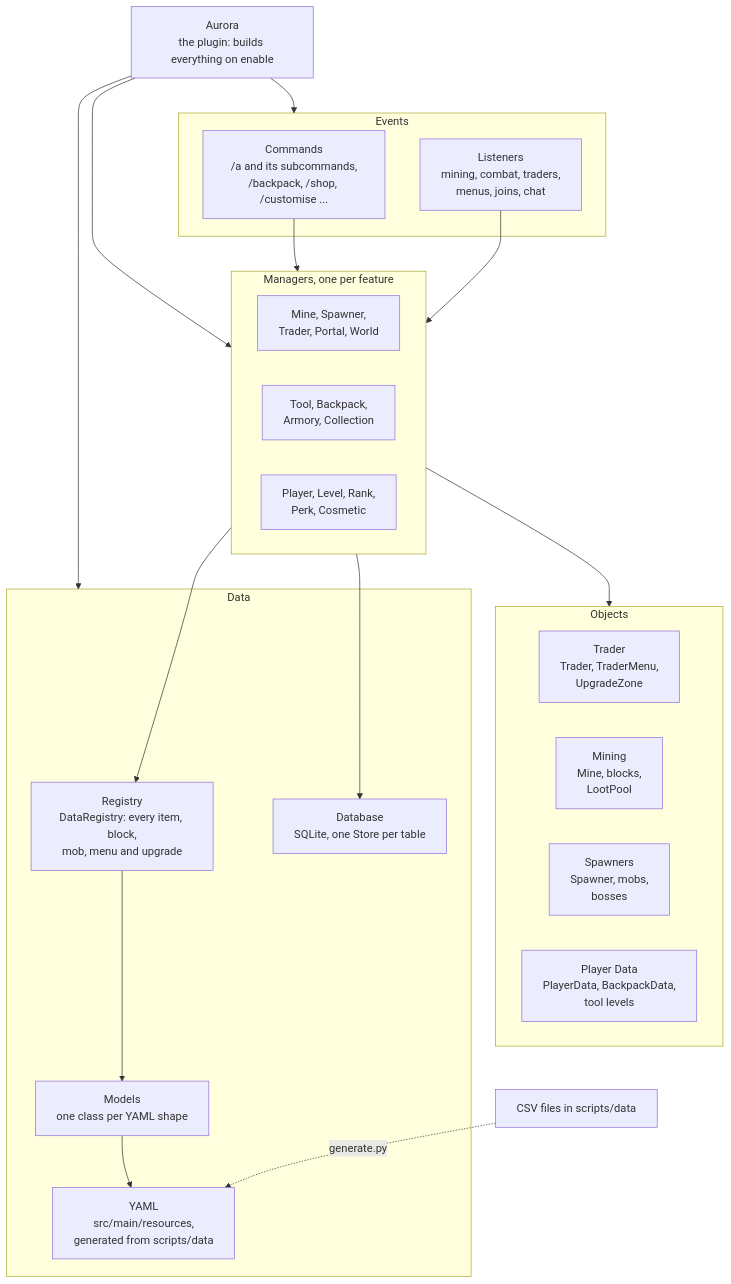
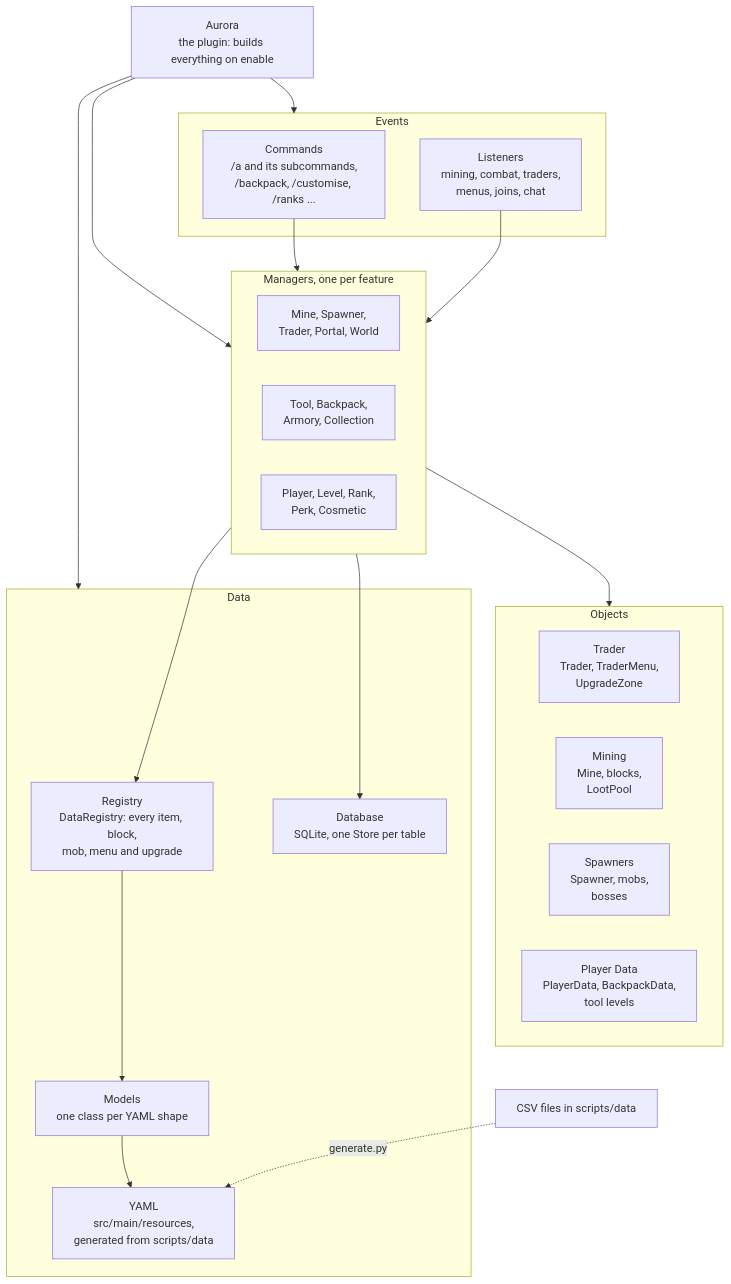
Before and after one commit to charky-p/aurora-plugin: the diagram in README.md, drawn with Mermaid. The commit also changed other lines of this file and 16 other files, not shown here.

Commit message:
[C] Essence shop, gauntlet and fishing switched off until finished; mob gear listed in Collections; docs brought up to date with the upgrade system and the two branches, with a guide to selling donor ranks through a store

````diff
--- a/README.md
+++ b/README.md
@@ -49,41 +52,41 @@
 ```mermaid
 flowchart TD
     Aurora["Aurora<br/>the plugin: builds everything on enable"]
 
     subgraph Events["Events"]
-        Commands["Commands<br/>/a and its subcommands,<br/>/backpack, /shop, /customise ..."]
+        Commands["Commands<br/>/a and its subcommands,<br/>/backpack, /customise, /ranks ..."]
         Listeners["Listeners<br/>mining, combat, traders,<br/>menus, joins, chat"]
     end
 
     subgraph Managers["Managers, one per feature"]
         M1["Mine, Spawner,<br/>Trader, Portal, World"]
         M2["Tool, Backpack,<br/>Armory, Collection"]
         M3["Player, Level, Rank,<br/>Perk, Cosmetic"]
     end
 
     subgraph Objects["Objects"]
         Trader["Trader<br/>Trader, TraderMenu,<br/>UpgradeZone"]
         Mining["Mining<br/>Mine, blocks,<br/>LootPool"]
         Spawners["Spawners<br/>Spawner, mobs,<br/>bosses"]
         PlayerData["Player Data<br/>PlayerData, BackpackData,<br/>tool levels"]
     end
 
     subgraph Data["Data"]
         Registry["Registry<br/>DataRegistry: every item, block,<br/>mob, menu and upgrade"]
         Models["Models<br/>one class per YAML shape"]
         YAML["YAML<br/>src/main/resources,<br/>generated from scripts/data"]
         Database["Database<br/>SQLite, one Store per table"]
     end
 
     Aurora --> Events
     Aurora --> Managers
     Aurora --> Data
     Commands --> Managers
     Listeners --> Managers
     Managers --> Objects
     Managers --> Registry
     Managers --> Database
     Registry --> Models
     Models --> YAML
     CSV["CSV files in scripts/data"] -.->|"generate.py"| YAML
 ```
````
